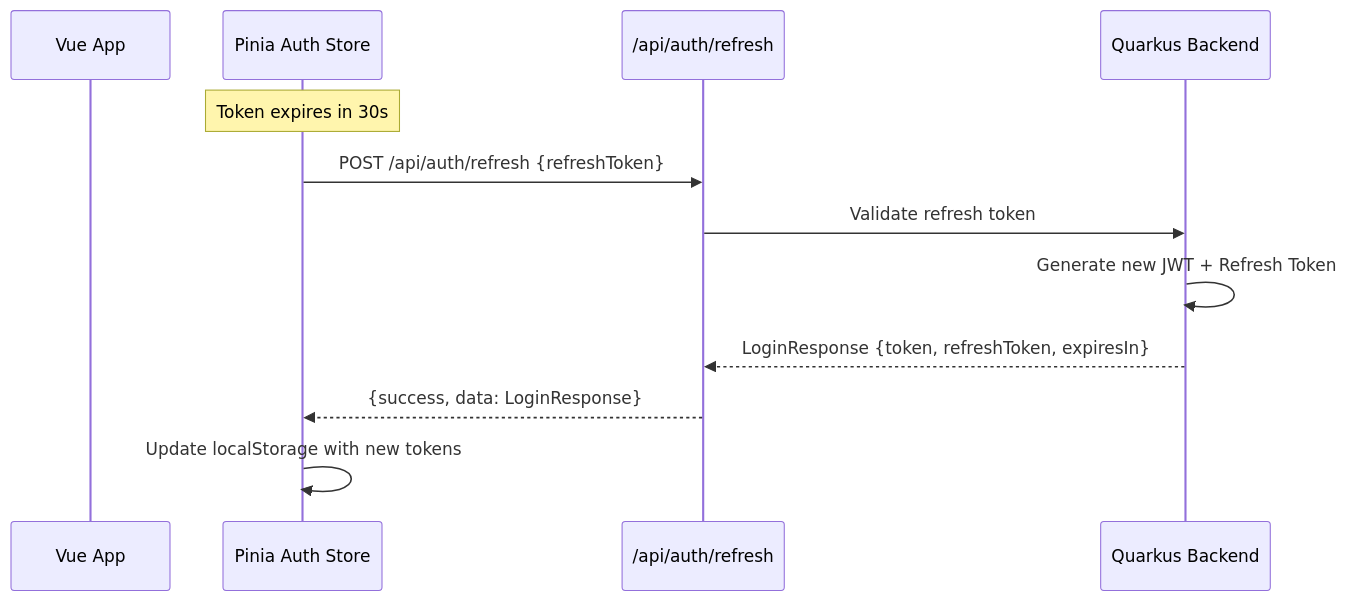
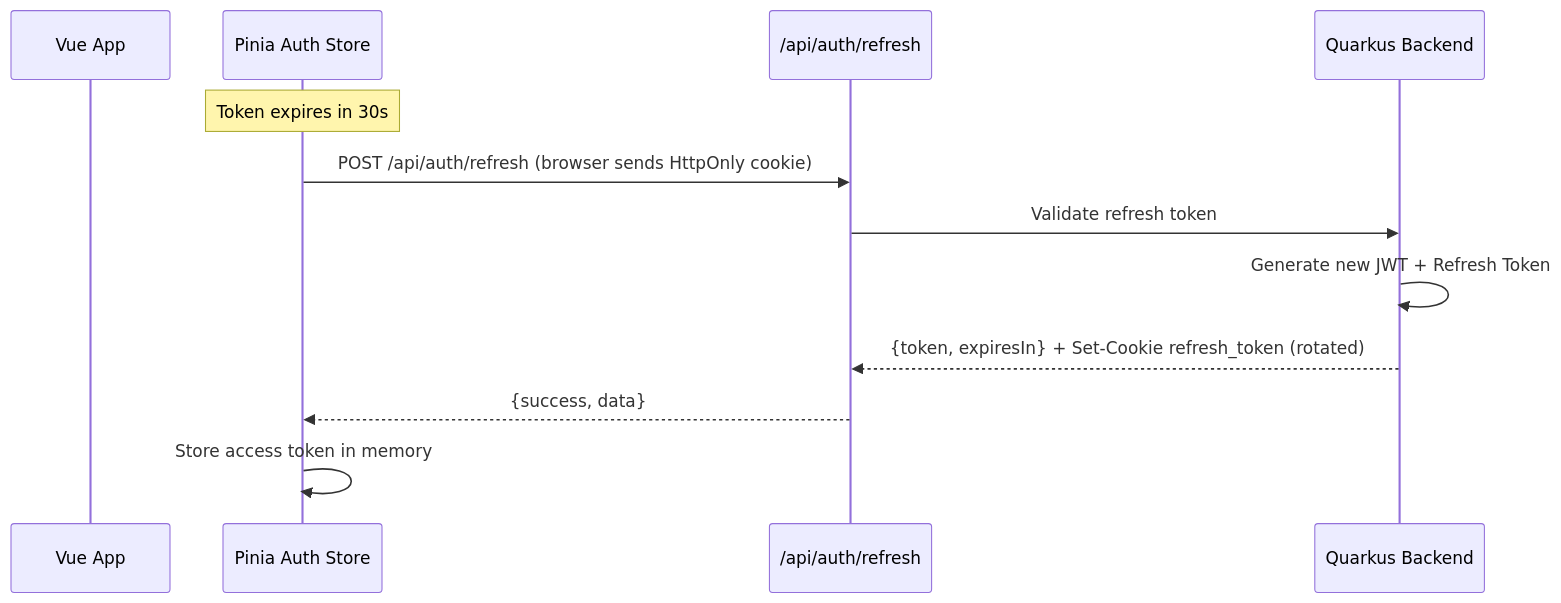
The second of 21 diagrams in docs/application-flow.md (b3kt/pasa-auto), drawn with Mermaid before and after one commit. The commit also changed other lines of this file and 29 other files, not shown here.

Commit message:
harden security: sortBy validation, in-memory access tokens, slim karyawan DTO, drop dead salt

````diff
--- a/docs/application-flow.md
+++ b/docs/application-flow.md
@@ -113,15 +113,15 @@
 ```mermaid
 sequenceDiagram
     participant Frontend as Vue App
     participant AuthStore as Pinia Auth Store
     participant API as /api/auth/refresh
     participant Backend as Quarkus Backend
 
     Note over AuthStore: Token expires in 30s
-    AuthStore->>API: POST /api/auth/refresh {refreshToken}
+    AuthStore->>API: POST /api/auth/refresh (browser sends HttpOnly cookie)
     API->>Backend: Validate refresh token
     Backend->>Backend: Generate new JWT + Refresh Token
-    Backend-->>API: LoginResponse {token, refreshToken, expiresIn}
-    API-->>AuthStore: {success, data: LoginResponse}
-    AuthStore->>AuthStore: Update localStorage with new tokens
+    Backend-->>API: {token, expiresIn} + Set-Cookie refresh_token (rotated)
+    API-->>AuthStore: {success, data}
+    AuthStore->>AuthStore: Store access token in memory
 ```
````
